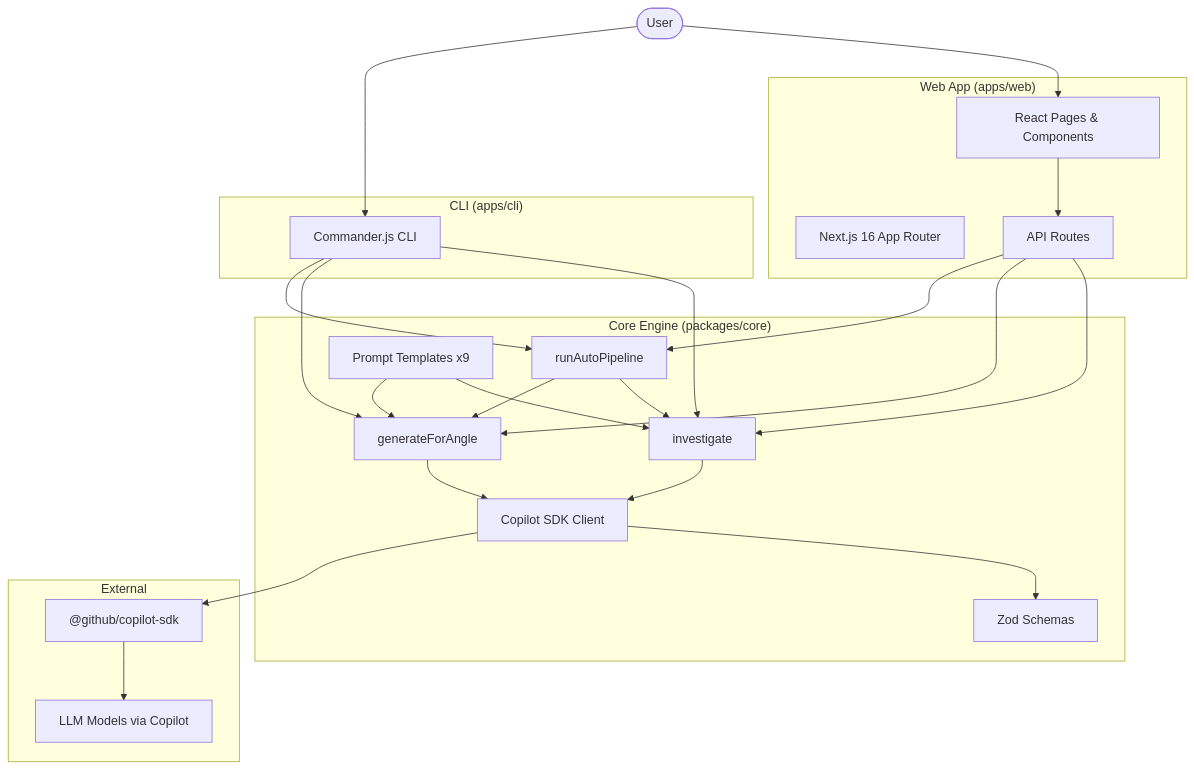
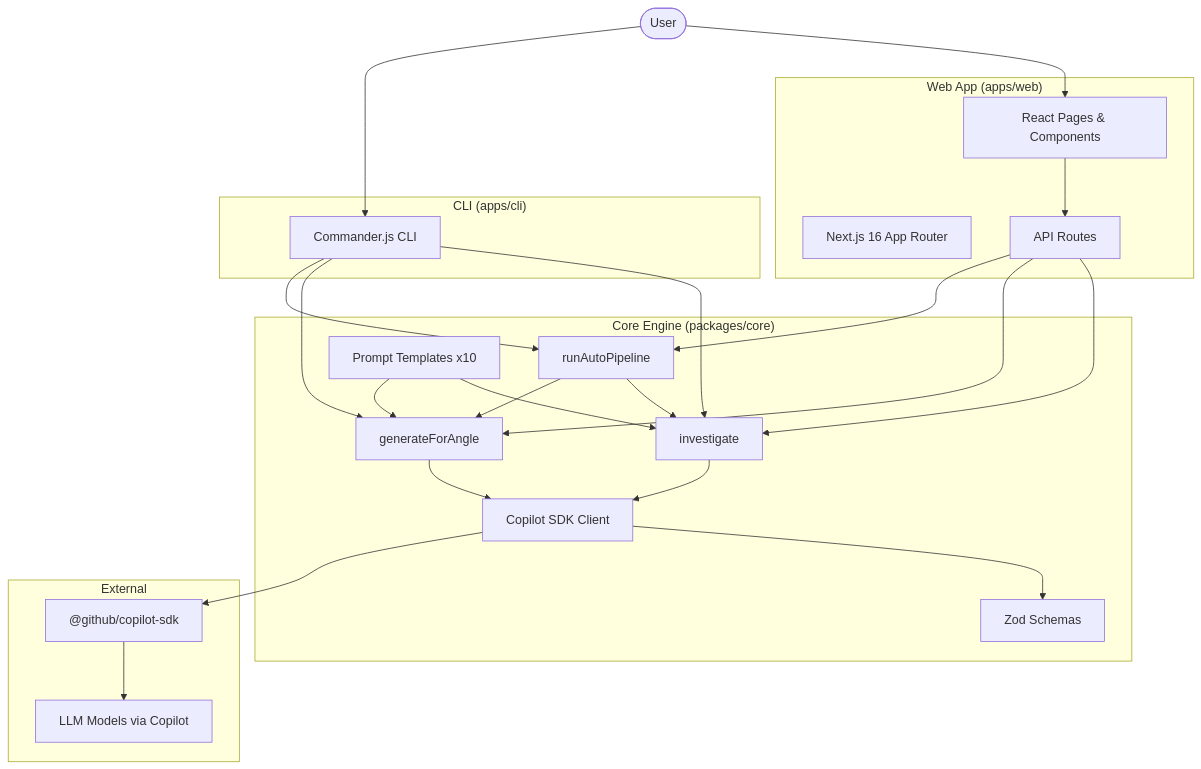
One commit to josedab/innovator changed the first of 3 diagrams in website/docs/architecture.md. Above: the diagram before and after it, drawn with Mermaid. The commit also changed 1 other file, not shown here.

Commit message:
docs(website): update architecture and contributing guides
Fix prompt template count (x9 → x10) in architecture diagram and
clarify that AngleSelector auto-imports ANGLES from core.

````diff
--- a/website/docs/architecture.md
+++ b/website/docs/architecture.md
@@ -13,48 +13,48 @@
 ```mermaid
 graph TB
     User([User])
 
     subgraph "Web App (apps/web)"
         NextJS[Next.js 16 App Router]
         Pages[React Pages & Components]
         Routes[API Routes]
         Pages --> Routes
     end
 
     subgraph "CLI (apps/cli)"
         Commander[Commander.js CLI]
     end
 
     subgraph "Core Engine (packages/core)"
         Client[Copilot SDK Client]
         Investigate[investigate]
         Generate[generateForAngle]
         Pipeline[runAutoPipeline]
-        Prompts[Prompt Templates x9]
+        Prompts[Prompt Templates x10]
         Types[Zod Schemas]
 
         Investigate --> Client
         Generate --> Client
         Pipeline --> Investigate
         Pipeline --> Generate
         Prompts --> Investigate
         Prompts --> Generate
         Client --> Types
     end
 
     subgraph "External"
         CopilotSDK["@github/copilot-sdk"]
         LLM[LLM Models via Copilot]
     end
 
     User --> Pages
     User --> Commander
     Routes --> Investigate
     Routes --> Generate
     Routes --> Pipeline
     Commander --> Investigate
     Commander --> Generate
     Commander --> Pipeline
     Client --> CopilotSDK
     CopilotSDK --> LLM
 ```
````
